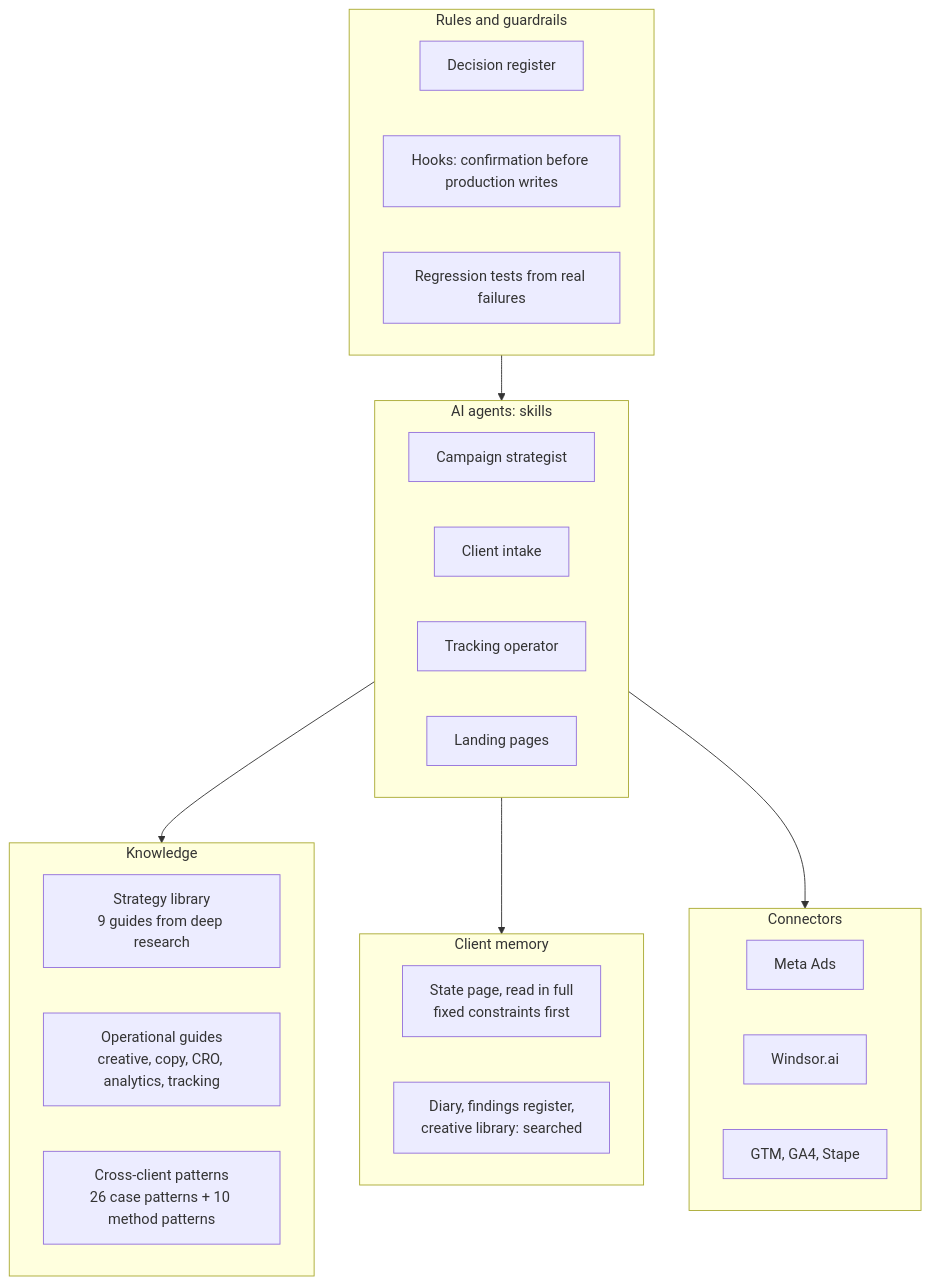
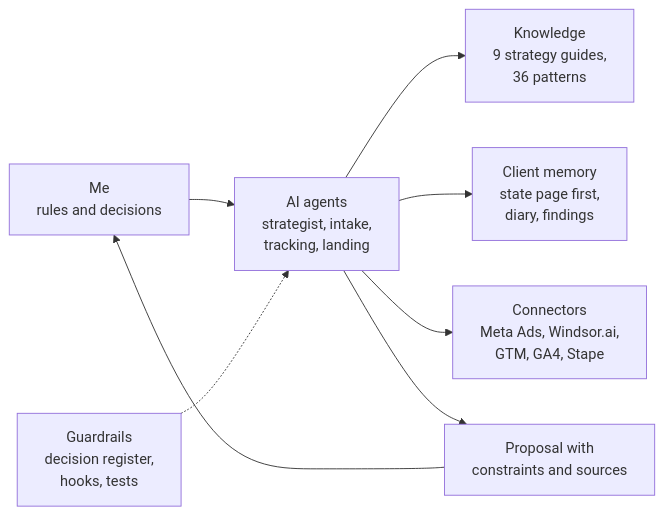
The diagram in case-studies/03-ai-framework-for-freelance-marketing.md (modernage12/portfolio-media-specialist-and-performance-marketing), drawn with Mermaid before and after one commit.

Commit message:
Case 3: simpler architecture diagram

````diff
--- a/case-studies/03-ai-framework-for-freelance-marketing.md
+++ b/case-studies/03-ai-framework-for-freelance-marketing.md
@@ -18,32 +18,10 @@
 ```mermaid
-flowchart TB
-    subgraph K[Knowledge]
-      R[Strategy library<br/>9 guides from deep research]
-      O[Operational guides<br/>creative, copy, CRO, analytics, tracking]
-      P[Cross-client patterns<br/>26 case patterns + 10 method patterns]
-    end
-    subgraph C[Client memory]
-      S[State page, read in full<br/>fixed constraints first]
-      D[Diary, findings register,<br/>creative library: searched]
-    end
-    subgraph A[AI agents: skills]
-      A1[Campaign strategist]
-      A2[Client intake]
-      A3[Tracking operator]
-      A4[Landing pages]
-    end
-    subgraph T[Connectors]
-      M[Meta Ads]
-      W[Windsor.ai]
-      G[GTM, GA4, Stape]
-    end
-    subgraph H[Rules and guardrails]
-      DR[Decision register]
-      HK[Hooks: confirmation before production writes]
-      EV[Regression tests from real failures]
-    end
-    A --> K
-    A --> C
-    A --> T
-    H --> A
+flowchart LR
+    ME[Me<br/>rules and decisions] --> AG[AI agents<br/>strategist, intake,<br/>tracking, landing]
+    AG --> KB[Knowledge<br/>9 strategy guides,<br/>36 patterns]
+    AG --> CM[Client memory<br/>state page first,<br/>diary, findings]
+    AG --> CN[Connectors<br/>Meta Ads, Windsor.ai,<br/>GTM, GA4, Stape]
+    GR[Guardrails<br/>decision register,<br/>hooks, tests] -.-> AG
+    AG --> PR[Proposal with<br/>constraints and sources]
+    PR --> ME
 ```
````
